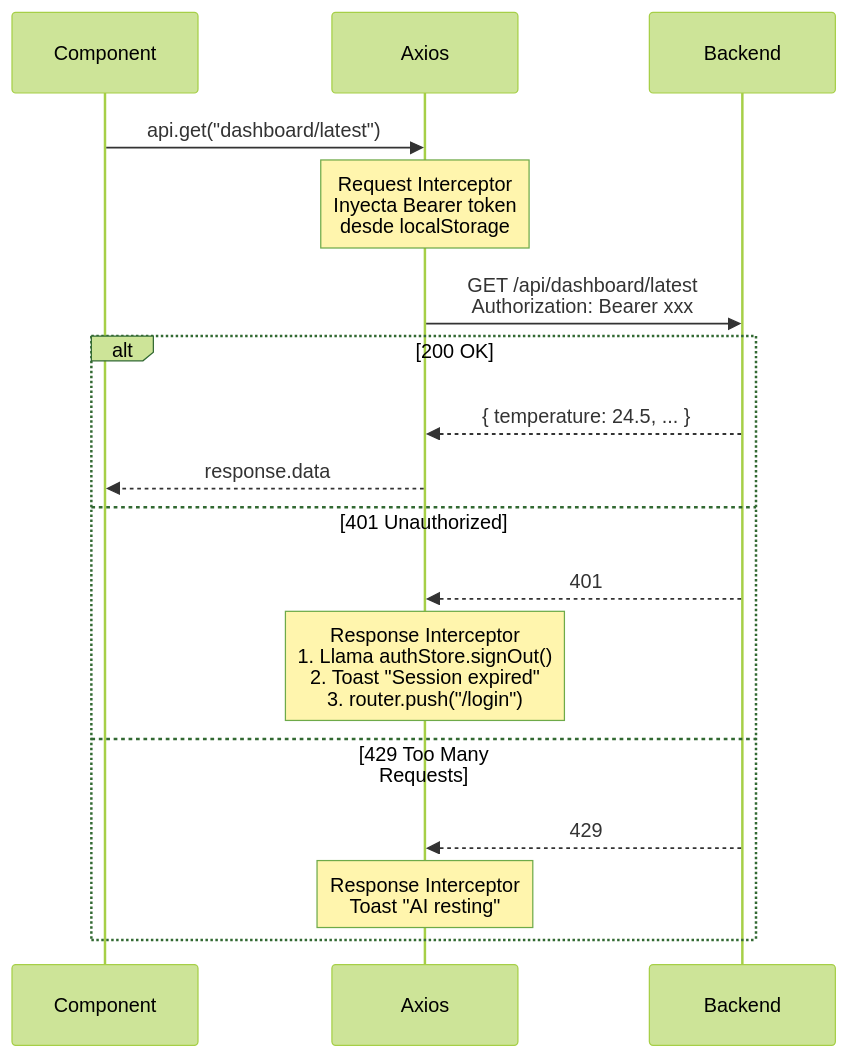
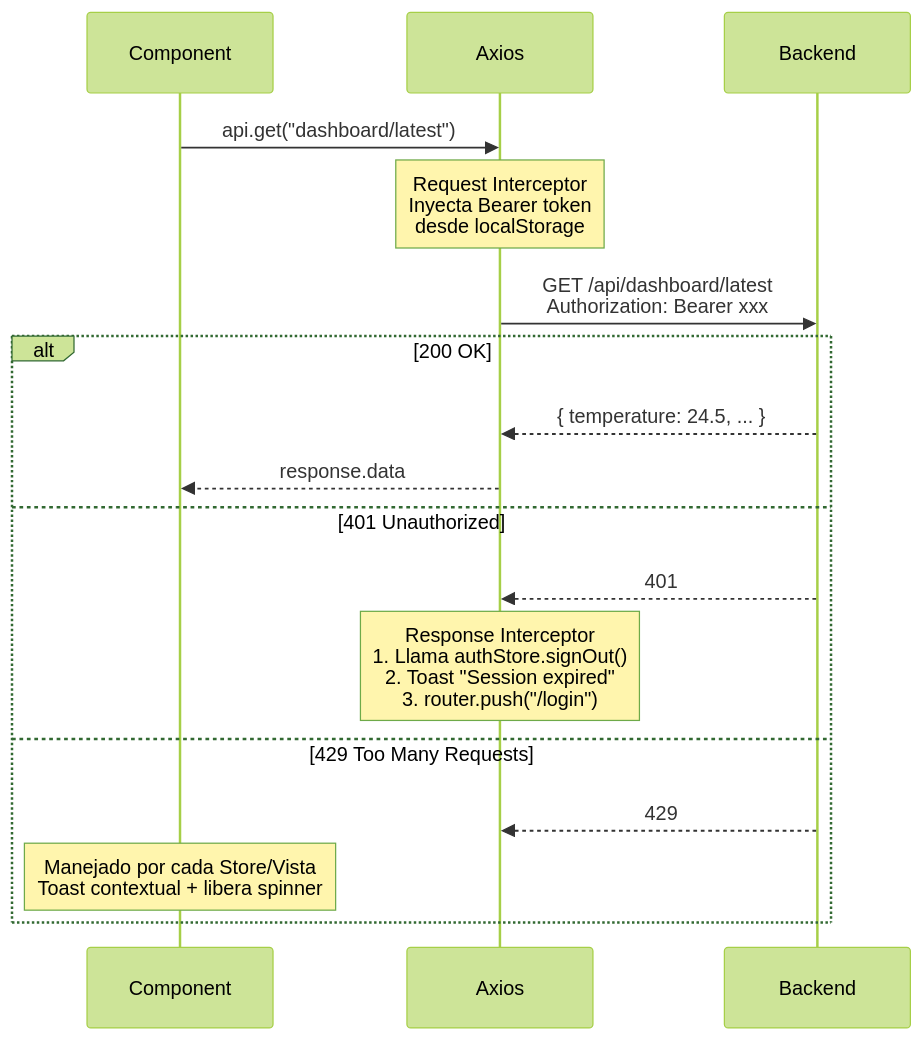
Before and after one commit to LNieto-V/agronexus-ui: the fifth of 7 diagrams in README.md, drawn with Mermaid (forest theme). The commit also changed other lines of this file, not shown here.

````diff
--- a/README.md
+++ b/README.md
@@ -222,23 +230,23 @@
 ```mermaid
 sequenceDiagram
     participant Component
     participant Axios
     participant Backend
 
     Component->>Axios: api.get("dashboard/latest")
     
     Note over Axios: Request Interceptor<br/>Inyecta Bearer token<br/>desde localStorage
 
     Axios->>Backend: GET /api/dashboard/latest<br/>Authorization: Bearer xxx
 
     alt 200 OK
         Backend-->>Axios: { temperature: 24.5, ... }
         Axios-->>Component: response.data
     else 401 Unauthorized
         Backend-->>Axios: 401
         Note over Axios: Response Interceptor<br/>1. Llama authStore.signOut()<br/>2. Toast "Session expired"<br/>3. router.push("/login")
     else 429 Too Many Requests
         Backend-->>Axios: 429
-        Note over Axios: Response Interceptor<br/>Toast "AI resting"
+        Note over Component: Manejado por cada Store/Vista<br/>Toast contextual + libera spinner
     end
 ```
````
